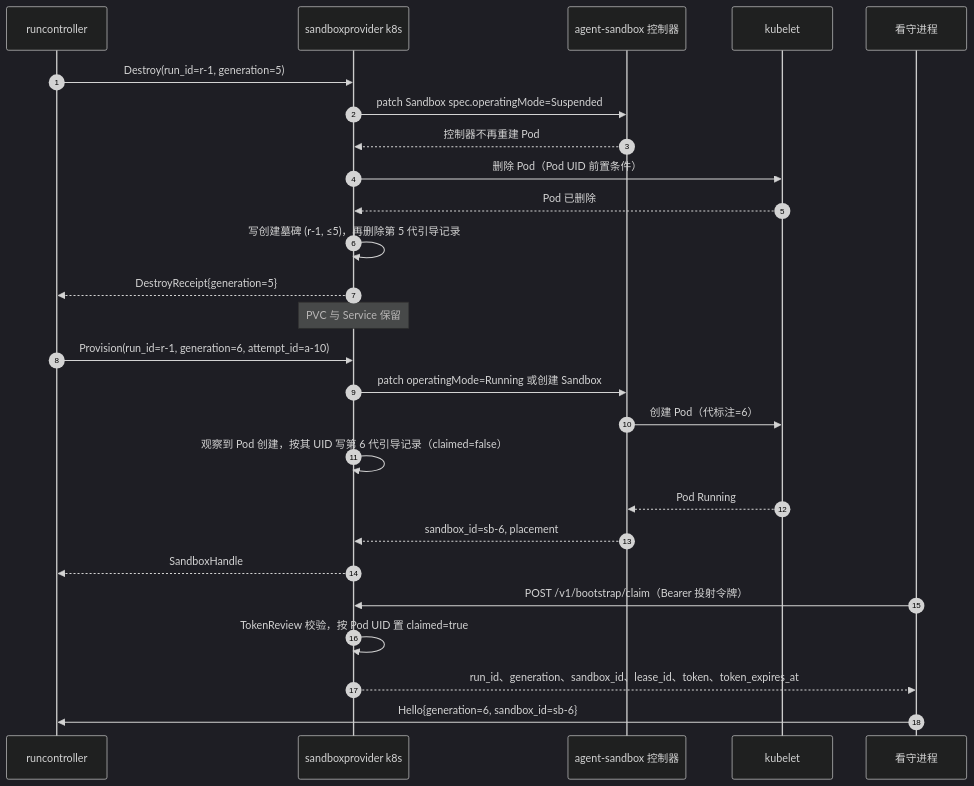
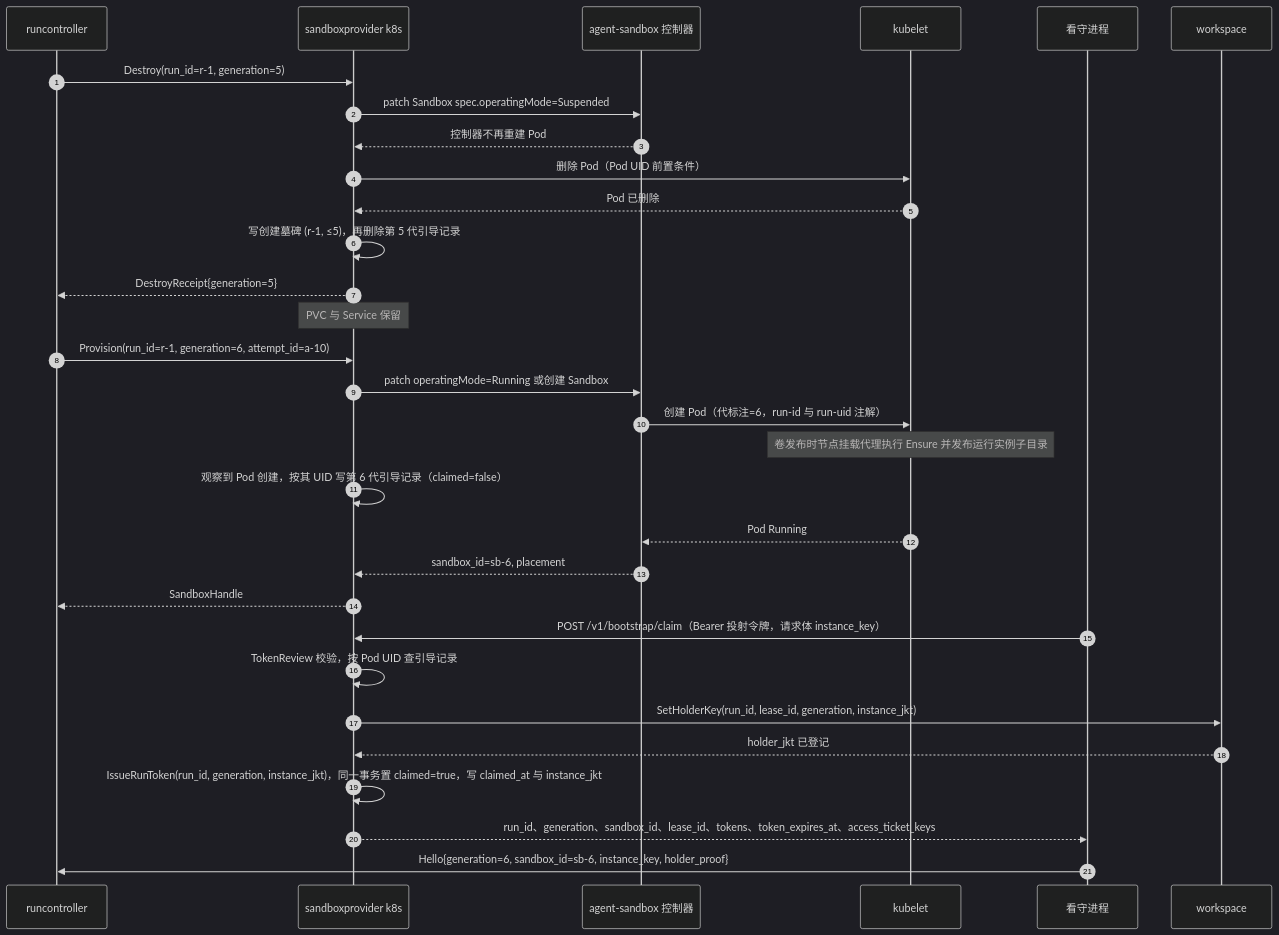
One commit to wangzw/castworks changed the third of 4 diagrams in docs/design/modules/sandboxprovider/design-sandboxprovider-k8s.md. Above: the diagram before and after it, drawn with Mermaid (dark theme). The commit also changed other lines of this file and 29 other files, not shown here.

````diff
--- a/docs/design/modules/sandboxprovider/design-sandboxprovider-k8s.md
+++ b/docs/design/modules/sandboxprovider/design-sandboxprovider-k8s.md
@@ -212,30 +284,35 @@
 ```mermaid
 sequenceDiagram
     autonumber
     participant R as runcontroller
     participant P as sandboxprovider k8s
     participant A as agent-sandbox 控制器
     participant K as kubelet
     participant W as 看守进程
+    participant V as workspace
 
     R->>P: Destroy(run_id=r-1, generation=5)
     P->>A: patch Sandbox spec.operatingMode=Suspended
     A-->>P: 控制器不再重建 Pod
     P->>K: 删除 Pod（Pod UID 前置条件）
     K-->>P: Pod 已删除
     P->>P: 写创建墓碑 (r-1, ≤5)，再删除第 5 代引导记录
     P-->>R: DestroyReceipt{generation=5}
     Note over P: PVC 与 Service 保留
 
     R->>P: Provision(run_id=r-1, generation=6, attempt_id=a-10)
     P->>A: patch operatingMode=Running 或创建 Sandbox
-    A->>K: 创建 Pod（代标注=6）
+    A->>K: 创建 Pod（代标注=6，run-id 与 run-uid 注解）
+    Note over K: 卷发布时节点挂载代理执行 Ensure 并发布运行实例子目录
     P->>P: 观察到 Pod 创建，按其 UID 写第 6 代引导记录（claimed=false）
     K-->>A: Pod Running
     A-->>P: sandbox_id=sb-6, placement
     P-->>R: SandboxHandle
-    W->>P: POST /v1/bootstrap/claim（Bearer 投射令牌）
-    P->>P: TokenReview 校验，按 Pod UID 置 claimed=true
-    P-->>W: run_id、generation、sandbox_id、lease_id、token、token_expires_at
-    W->>R: Hello{generation=6, sandbox_id=sb-6}
+    W->>P: POST /v1/bootstrap/claim（Bearer 投射令牌，请求体 instance_key）
+    P->>P: TokenReview 校验，按 Pod UID 查引导记录
+    P->>V: SetHolderKey(run_id, lease_id, generation, instance_jkt)
+    V-->>P: holder_jkt 已登记
+    P->>P: IssueRunToken(run_id, generation, instance_jkt)，同一事务置 claimed=true，写 claimed_at 与 instance_jkt
+    P-->>W: run_id、generation、sandbox_id、lease_id、tokens、token_expires_at、access_ticket_keys
+    W->>R: Hello{generation=6, sandbox_id=sb-6, instance_key, holder_proof}
 ```
````
